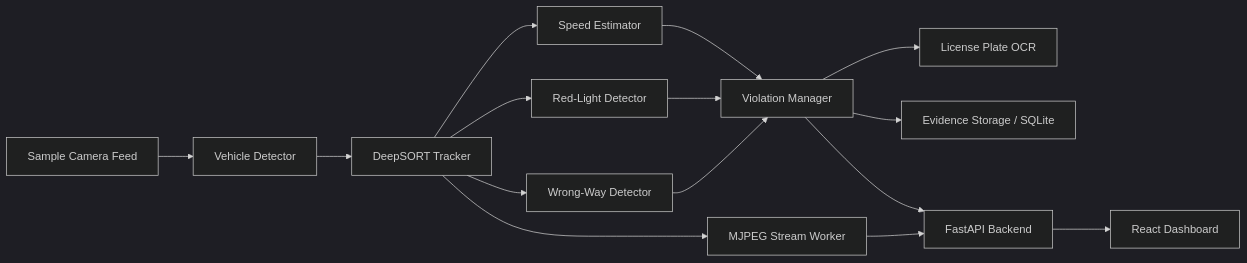
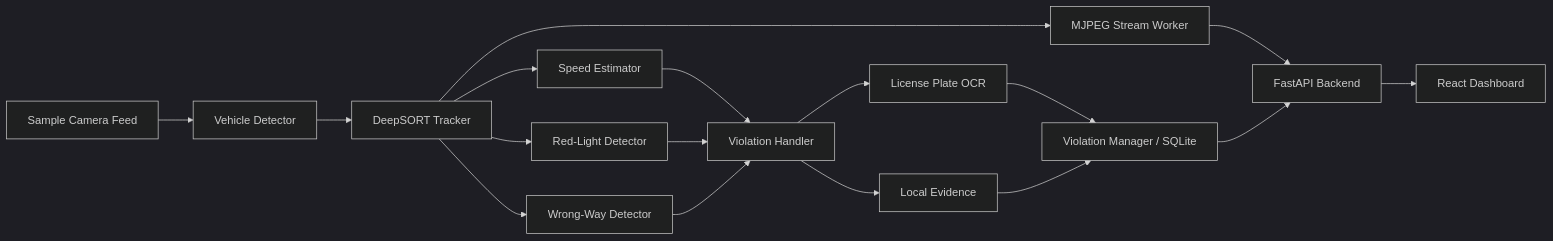
One commit to khoa-na/TraffWise changed the diagram in README.md. Above: the diagram before and after it, drawn with Mermaid (dark theme). The commit also changed other lines of this file and 17 other files, not shown here.

````diff
--- a/README.md
+++ b/README.md
@@ -56,17 +99,19 @@
 ```mermaid
 flowchart LR
     V[Sample Camera Feed] --> D[Vehicle Detector]
     D --> T[DeepSORT Tracker]
     T --> S[Speed Estimator]
     T --> R[Red-Light Detector]
     T --> W[Wrong-Way Detector]
-    S --> M[Violation Manager]
-    R --> M
-    W --> M
-    M --> O[License Plate OCR]
-    M --> E[Evidence Storage / SQLite]
+    S --> H[Violation Handler]
+    R --> H
+    W --> H
+    H --> O[License Plate OCR]
+    H --> E[Local Evidence]
+    O --> M[Violation Manager / SQLite]
+    E --> M
     T --> J[MJPEG Stream Worker]
     J --> A[FastAPI Backend]
     M --> A
     A --> F[React Dashboard]
 ```
````
